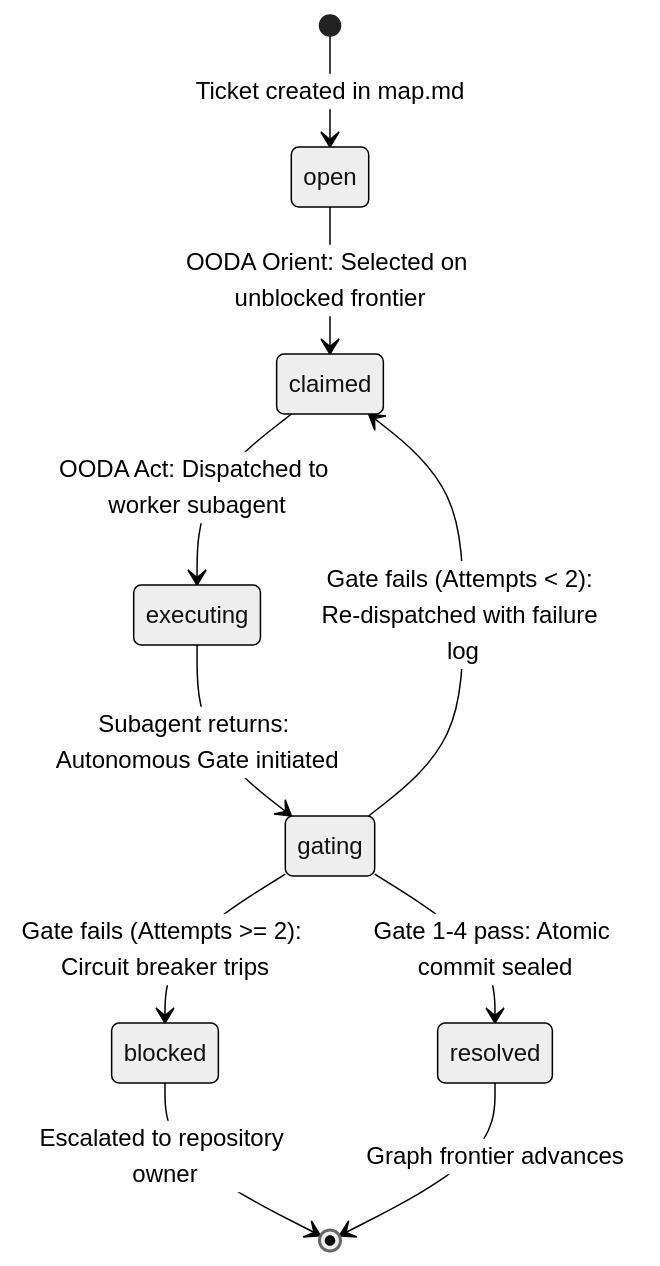
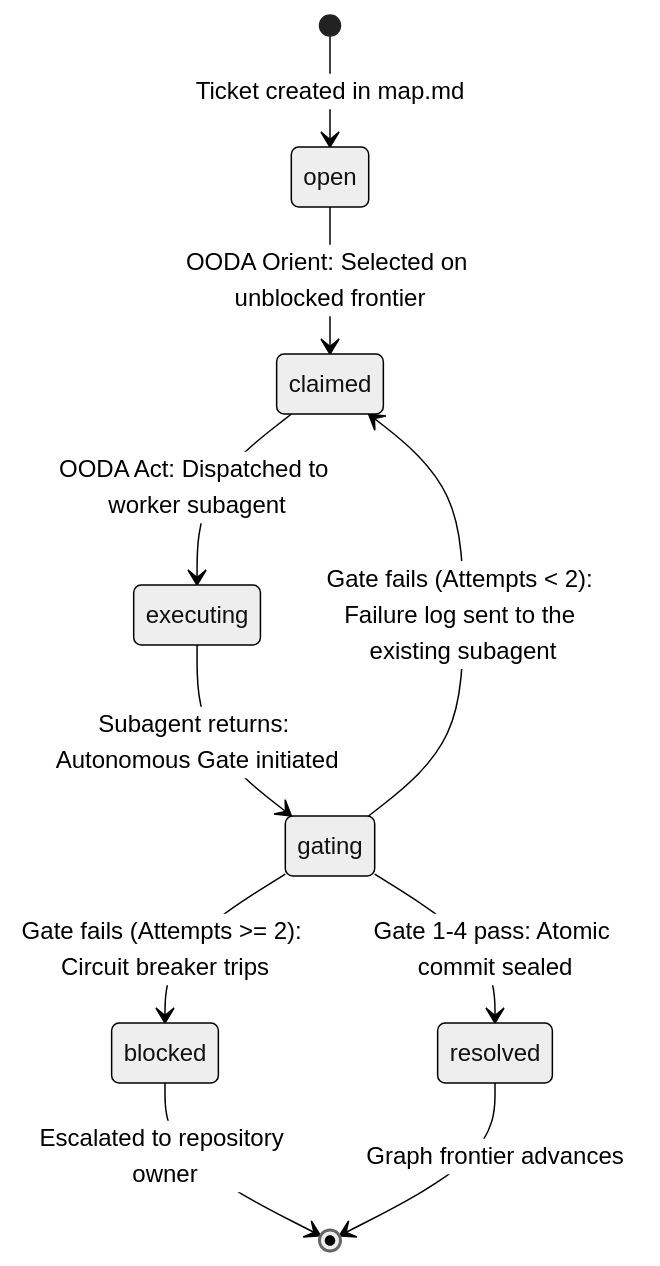
Before and after one commit to EduardoShibukawa/G-Inga: the diagram in .agents/skills/orchestrate/references/ooda-cycle.md, drawn with Mermaid (neutral theme). The commit also changed other lines of this file and 2 other files, not shown here.

Commit message:
docs(skills): port worktree selection and retry semantics to Antigravity orchestrate
Closes parity drift O5, C4 and C1: the shared working tree only when the
pre-dispatch collision check passes, worktree results merged back before
Gate Layer 1, and the retry label sends the failure log to the existing
subagent. Host adaptations (invoke_subagent, TypeName, Workspace) stay.

````diff
--- a/.agents/skills/orchestrate/references/ooda-cycle.md
+++ b/.agents/skills/orchestrate/references/ooda-cycle.md
@@ -11,12 +11,12 @@
 ```mermaid
 stateDiagram-v2
     [*] --> open: Ticket created in map.md
     open --> claimed: OODA Orient: Selected on unblocked frontier
     claimed --> executing: OODA Act: Dispatched to worker subagent
     executing --> gating: Subagent returns: Autonomous Gate initiated
     gating --> resolved: Gate 1-4 pass: Atomic commit sealed
-    gating --> claimed: Gate fails (Attempts < 2): Re-dispatched with failure log
+    gating --> claimed: Gate fails (Attempts < 2): Failure log sent to the existing subagent
     gating --> blocked: Gate fails (Attempts >= 2): Circuit breaker trips
     blocked --> [*]: Escalated to repository owner
     resolved --> [*]: Graph frontier advances
 ```
````
